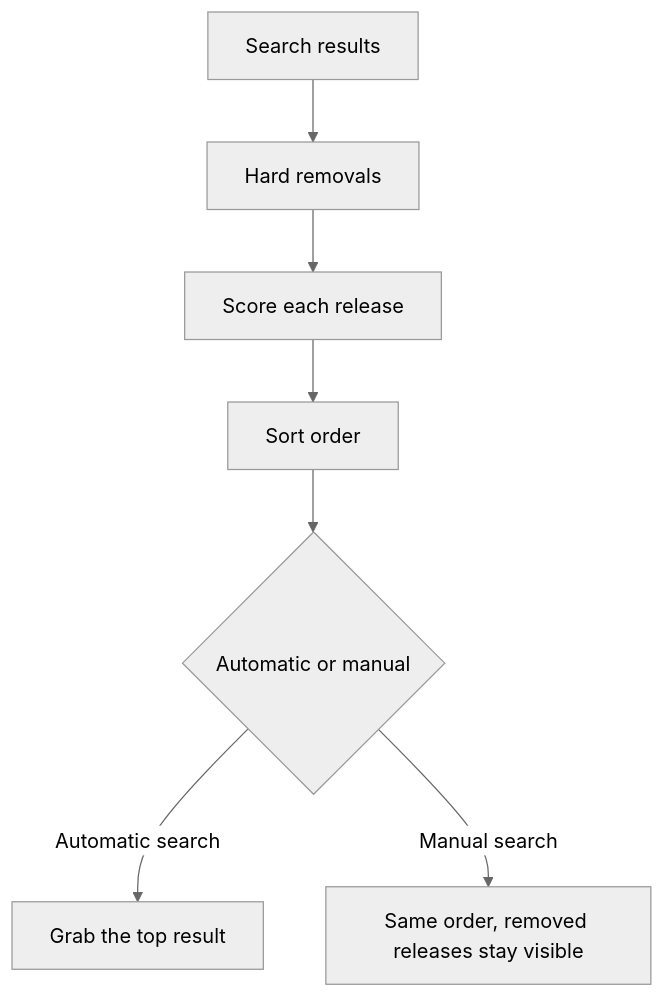
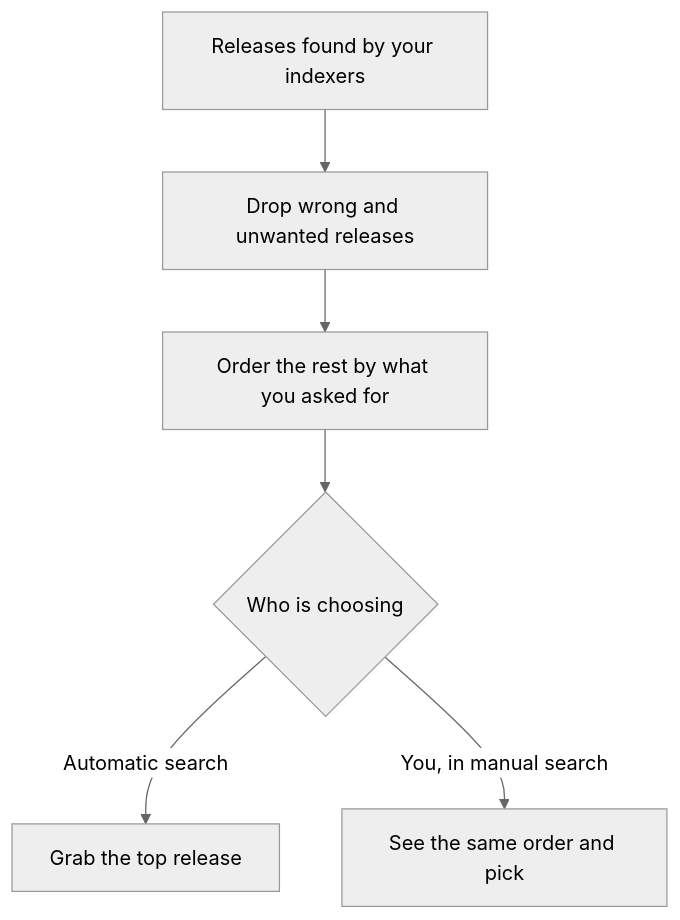
Before and after one commit to getmydia/mydia: the diagram in README.md, drawn with Mermaid (neutral theme). The commit also changed other lines of this file, not shown here.

````diff
--- a/README.md
+++ b/README.md
@@ -81,9 +81,8 @@
 ```mermaid
 flowchart TD
-    A[Search results] --> B[Hard removals]
-    B --> C[Score each release]
-    C --> D[Sort order]
-    D --> E{Automatic or manual}
-    E -->|Automatic search| F[Grab the top result]
-    E -->|Manual search| G[Same order, removed releases stay visible]
+    A[Releases found by your indexers] --> B[Drop wrong and unwanted releases]
+    B --> C[Order the rest by what you asked for]
+    C --> D{Who is choosing}
+    D -->|Automatic search| E[Grab the top release]
+    D -->|You, in manual search| F[See the same order and pick]
 ```
````
